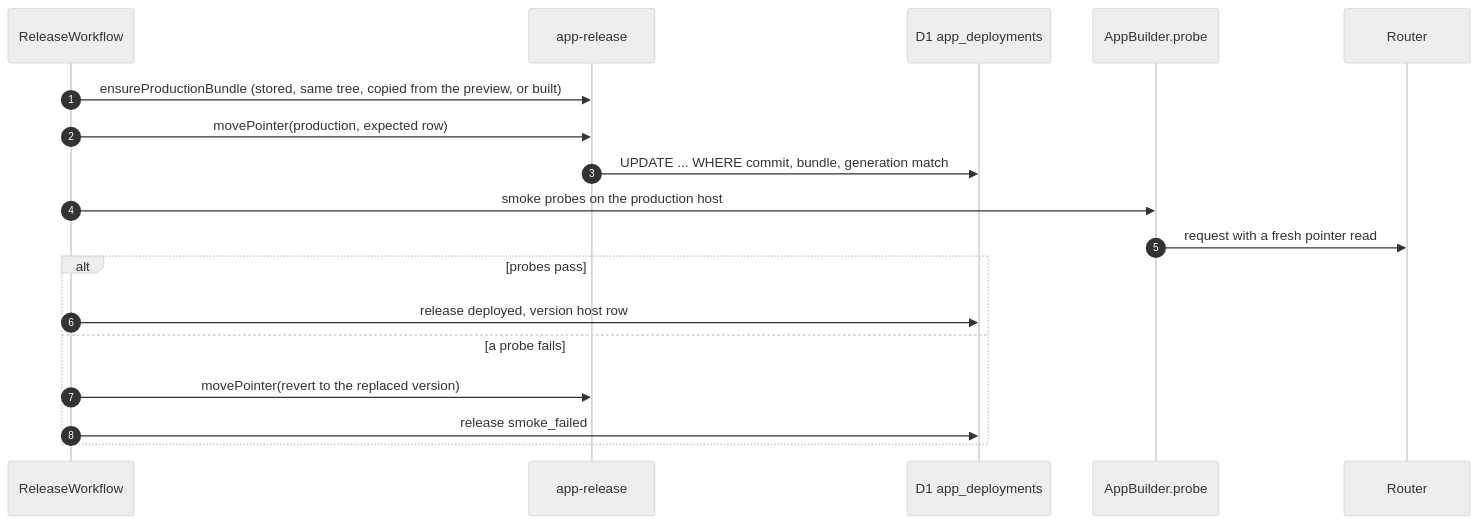
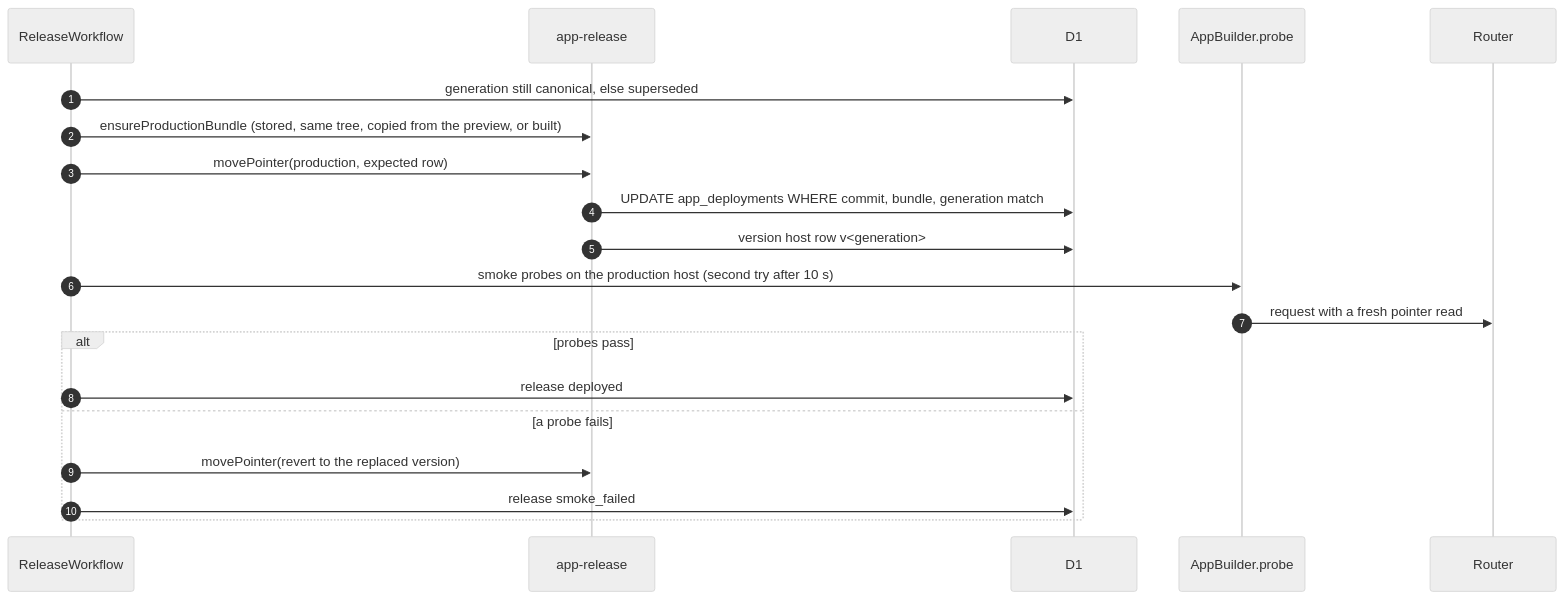
Before and after one commit to nsudhanva/rhumbatron: the second of 2 diagrams in docs/architecture/live-apps.md, drawn with Mermaid (neutral theme). The commit also changed other lines of this file and 47 other files, not shown here.

````diff
--- a/docs/architecture/live-apps.md
+++ b/docs/architecture/live-apps.md
@@ -99,21 +104,23 @@
 ```mermaid
 sequenceDiagram
   autonumber
   participant RW as ReleaseWorkflow
   participant INT as app-release
-  participant D1 as D1 app_deployments
+  participant D1 as D1
   participant APPS as AppBuilder.probe
   participant Router as Router
 
+  RW->>D1: generation still canonical, else superseded
   RW->>INT: ensureProductionBundle (stored, same tree, copied from the preview, or built)
   RW->>INT: movePointer(production, expected row)
-  INT->>D1: UPDATE ... WHERE commit, bundle, generation match
-  RW->>APPS: smoke probes on the production host
+  INT->>D1: UPDATE app_deployments WHERE commit, bundle, generation match
+  INT->>D1: version host row v<generation>
+  RW->>APPS: smoke probes on the production host (second try after 10 s)
   APPS->>Router: request with a fresh pointer read
   alt probes pass
-    RW->>D1: release deployed, version host row
+    RW->>D1: release deployed
   else a probe fails
     RW->>INT: movePointer(revert to the replaced version)
     RW->>D1: release smoke_failed
   end
 ```
````
